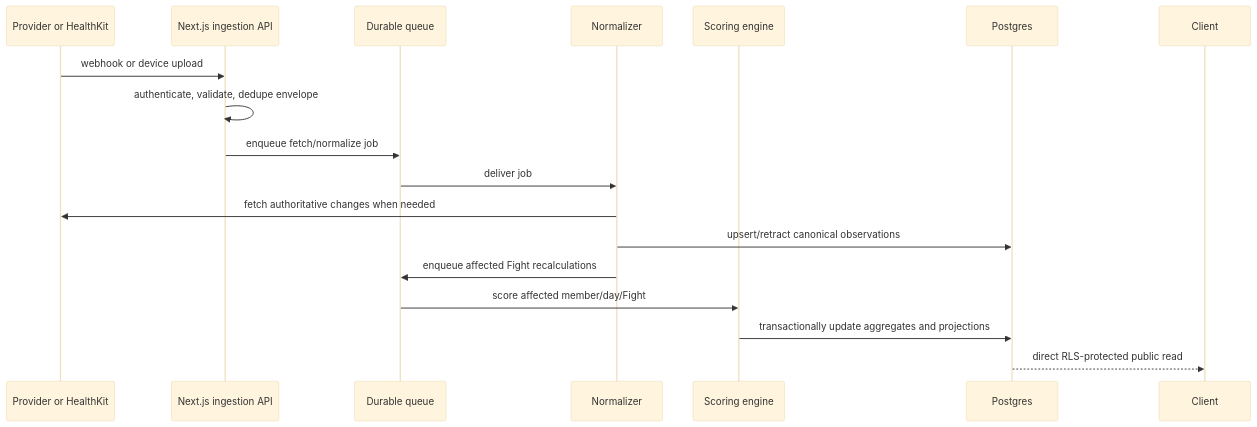
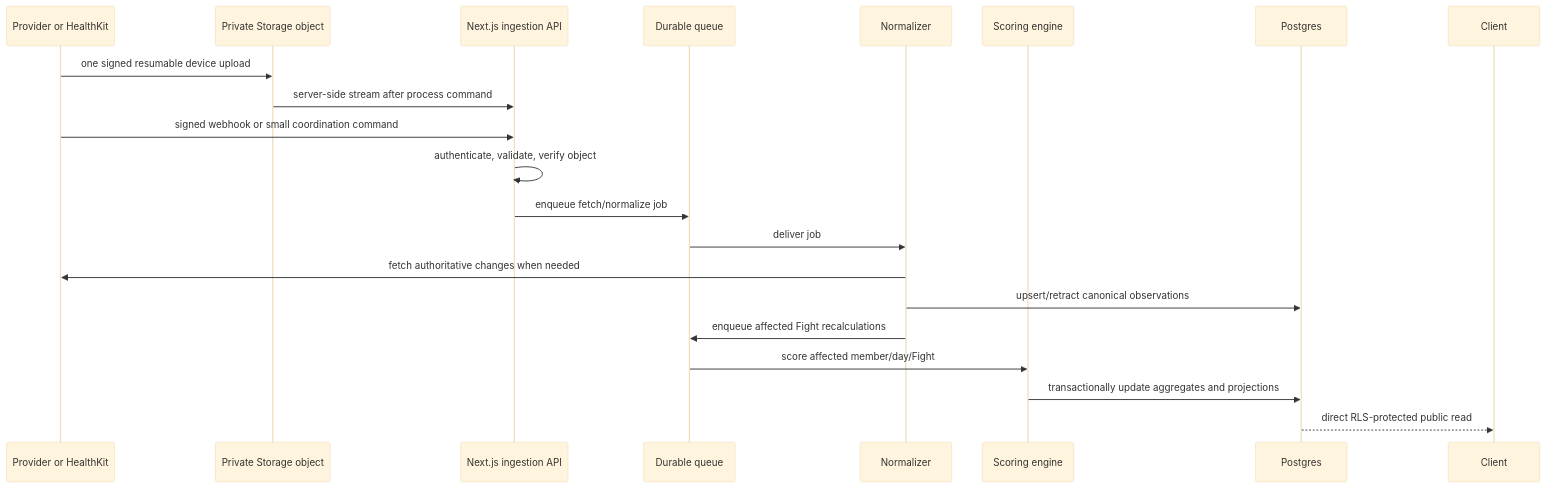
One commit to slooowshutter/FitFight changed the third of 3 diagrams in docs/system-design.md. Above: the diagram before and after it, drawn with Mermaid (base theme). The commit also changed other lines of this file and 137 other files, not shown here.

````diff
--- a/docs/system-design.md
+++ b/docs/system-design.md
@@ -492,21 +512,24 @@
 ```mermaid
 sequenceDiagram
     participant P as Provider or HealthKit
+    participant O as Private Storage object
     participant I as Next.js ingestion API
     participant Q as Durable queue
     participant N as Normalizer
     participant S as Scoring engine
     participant DB as Postgres
     participant C as Client
 
-    P->>I: webhook or device upload
-    I->>I: authenticate, validate, dedupe envelope
+    P->>O: one signed resumable device upload
+    O->>I: server-side stream after process command
+    P->>I: signed webhook or small coordination command
+    I->>I: authenticate, validate, verify object
     I->>Q: enqueue fetch/normalize job
     Q->>N: deliver job
     N->>P: fetch authoritative changes when needed
     N->>DB: upsert/retract canonical observations
     N->>Q: enqueue affected Fight recalculations
     Q->>S: score affected member/day/Fight
     S->>DB: transactionally update aggregates and projections
     DB-->>C: direct RLS-protected public read
 ```
````
